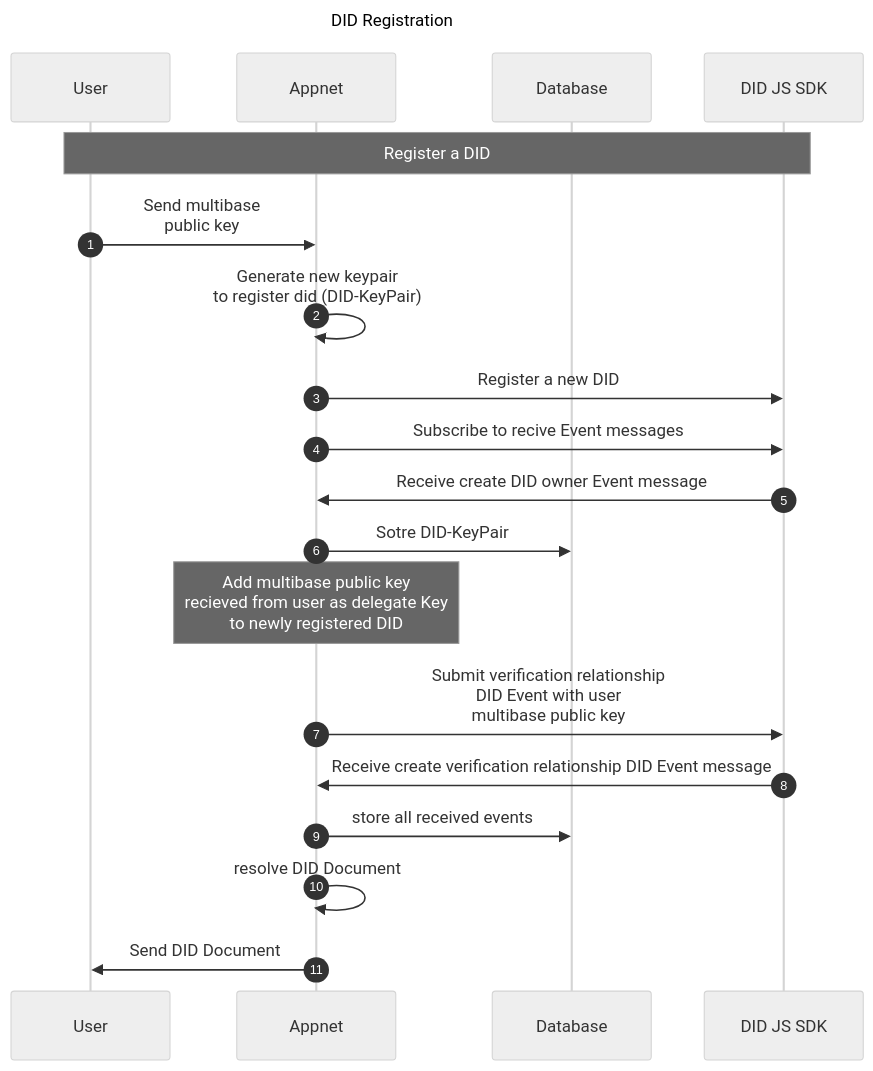
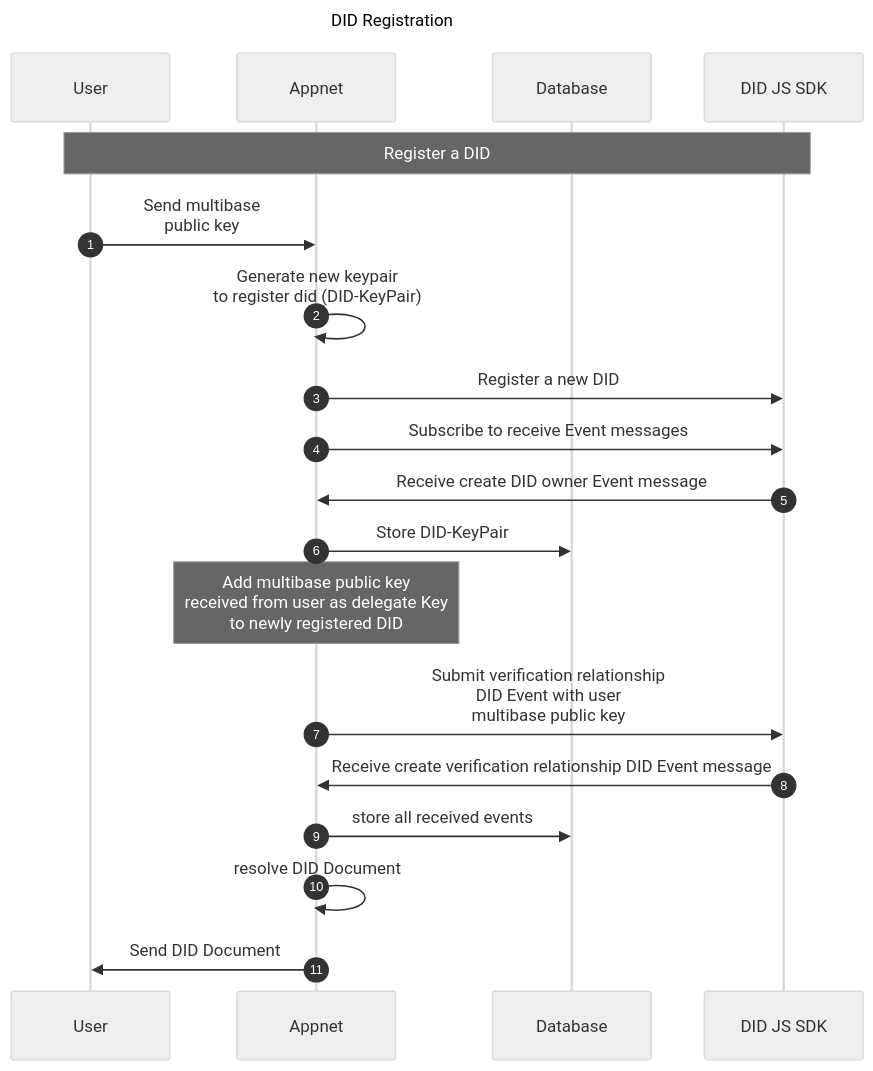
The diagram in documentation/diagrams/did-registration.mmd (Meeco/hedera-did-identity-network), drawn with Mermaid (neutral theme) before and after one commit. The commit also changed 2 other files, not shown here.

Commit message:
docs: Fix some typos in the diagrams.

```diff
--- a/documentation/diagrams/did-registration.mmd
+++ b/documentation/diagrams/did-registration.mmd
@@ -1,23 +1,23 @@
 sequenceDiagram
 Title: DID Registration
 
   autonumber
   participant user as User
   participant App as Appnet 
   participant DB as Database
   participant SDK as DID JS SDK
 
 
 note over user,SDK: Register a DID
 user ->> App: Send multibase <br> public key
 App ->> App: Generate new keypair <br> to register did (DID-KeyPair)
 App ->> SDK: Register a new DID
-App ->> SDK: Subscribe to recive Event messages
+App ->> SDK: Subscribe to receive Event messages
 SDK ->> App: Receive create DID owner Event message
-App ->> DB: Sotre DID-KeyPair 
-note over App: Add multibase public key <br> recieved from user as delegate Key<br> to newly registered DID
+App ->> DB: Store DID-KeyPair
+note over App: Add multibase public key <br> received from user as delegate Key<br> to newly registered DID
 App ->> SDK:  Submit verification relationship <br> DID Event with user <br> multibase public key
 SDK ->> App: Receive create verification relationship DID Event message
 App ->> DB: store all received events
 App ->> App: resolve DID Document
 App ->> user: Send DID Document
```
